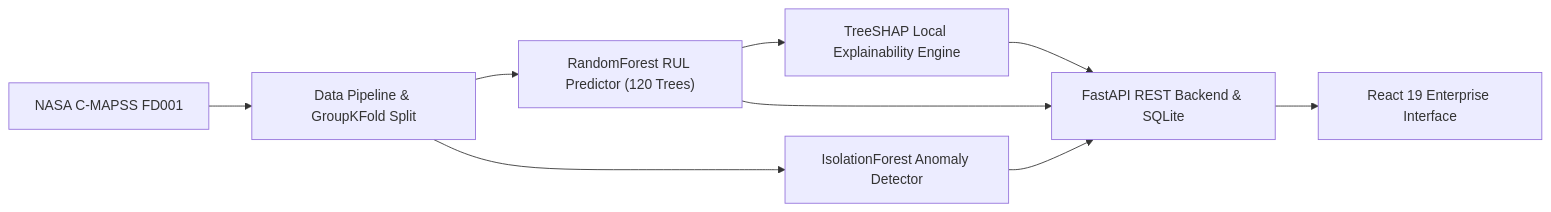
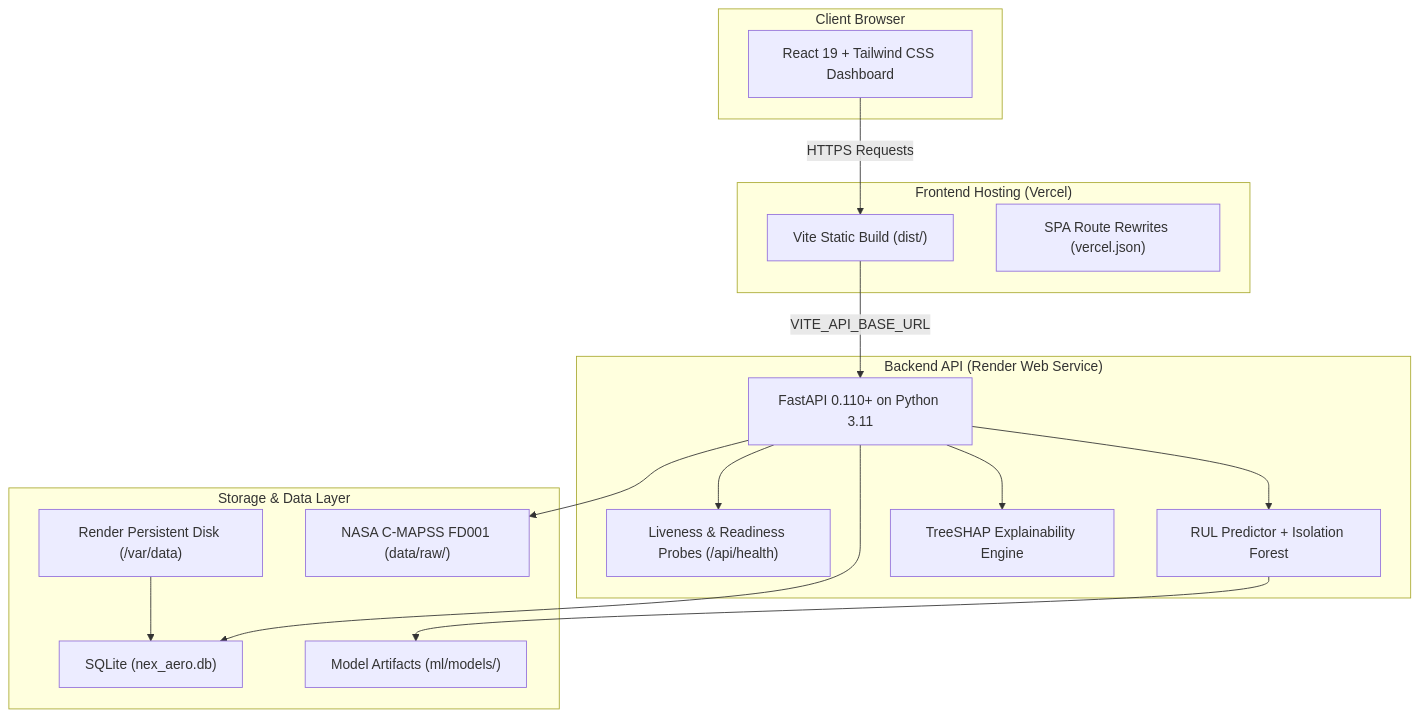
One commit to ankitnapit24/Nex-Aero changed the diagram in README.md. Above: the diagram before and after it, drawn with Mermaid. The commit also changed other lines of this file and 20 other files, not shown here.

Commit message:
feat(deploy): configure Nex Aero for 100% production cloud deployment (Render + Vercel)

````diff
--- a/README.md
+++ b/README.md
@@ -19,11 +21,35 @@
 ```mermaid
-flowchart LR
-    A["NASA C-MAPSS FD001"] --> B["Data Pipeline & GroupKFold Split"]
-    B --> C["RandomForest RUL Predictor (120 Trees)"]
-    B --> D["IsolationForest Anomaly Detector"]
-    C --> E["TreeSHAP Local Explainability Engine"]
-    C --> F["FastAPI REST Backend & SQLite"]
-    D --> F
-    E --> F
-    F --> G["React 19 Enterprise Interface"]
+flowchart TD
+    subgraph Client["Client Browser"]
+        UI["React 19 + Tailwind CSS Dashboard"]
+    end
+
+    subgraph Vercel["Frontend Hosting (Vercel)"]
+        SPA["Vite Static Build (dist/)"]
+        Rewrites["SPA Route Rewrites (vercel.json)"]
+    end
+
+    subgraph Render["Backend API (Render Web Service)"]
+        FastAPI["FastAPI 0.110+ on Python 3.11"]
+        Probes["Liveness & Readiness Probes (/api/health)"]
+        Inference["RUL Predictor + Isolation Forest"]
+        SHAP["TreeSHAP Explainability Engine"]
+    end
+
+    subgraph Persistence["Storage & Data Layer"]
+        Disk["Render Persistent Disk (/var/data)"]
+        DB["SQLite (nex_aero.db)"]
+        Dataset["NASA C-MAPSS FD001 (data/raw/)"]
+        Models["Model Artifacts (ml/models/)"]
+    end
+
+    UI -->|HTTPS Requests| SPA
+    SPA -->|VITE_API_BASE_URL| FastAPI
+    FastAPI --> Probes
+    FastAPI --> Inference
+    FastAPI --> SHAP
+    FastAPI --> DB
+    Disk --> DB
+    Inference --> Models
+    FastAPI --> Dataset
 ```
````
